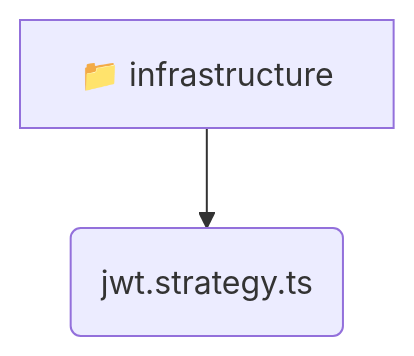
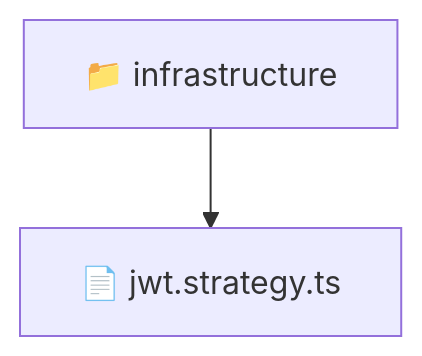
Before and after one commit to beginwebdev2002/fullstack-mavluda: the diagram in backend/src/modules/auth/infrastructure/README.md, drawn with Mermaid. The commit also changed other lines of this file and 163 other files, not shown here.

````diff
--- a/backend/src/modules/auth/infrastructure/README.md
+++ b/backend/src/modules/auth/infrastructure/README.md
@@ -9,5 +10,5 @@
 ```mermaid
 graph TD
-  infrastructure[📁 infrastructure]
-  infrastructure --> infrastructure_jwt_strategy_ts(jwt.strategy.ts)
+  Root["📁 infrastructure"]
+  Root --> jwtstrategyts["📄 jwt.strategy.ts"]
 ```
````
